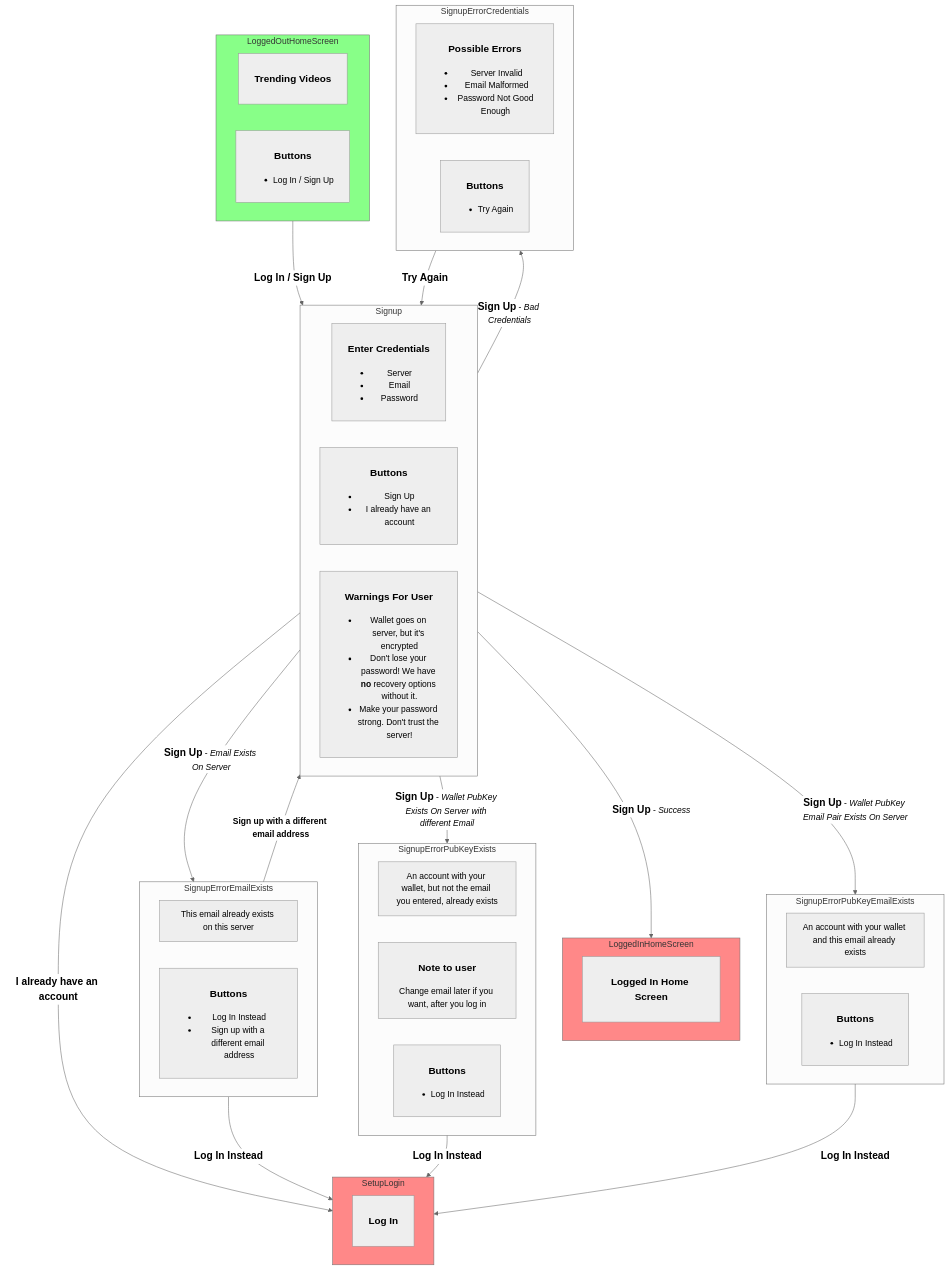
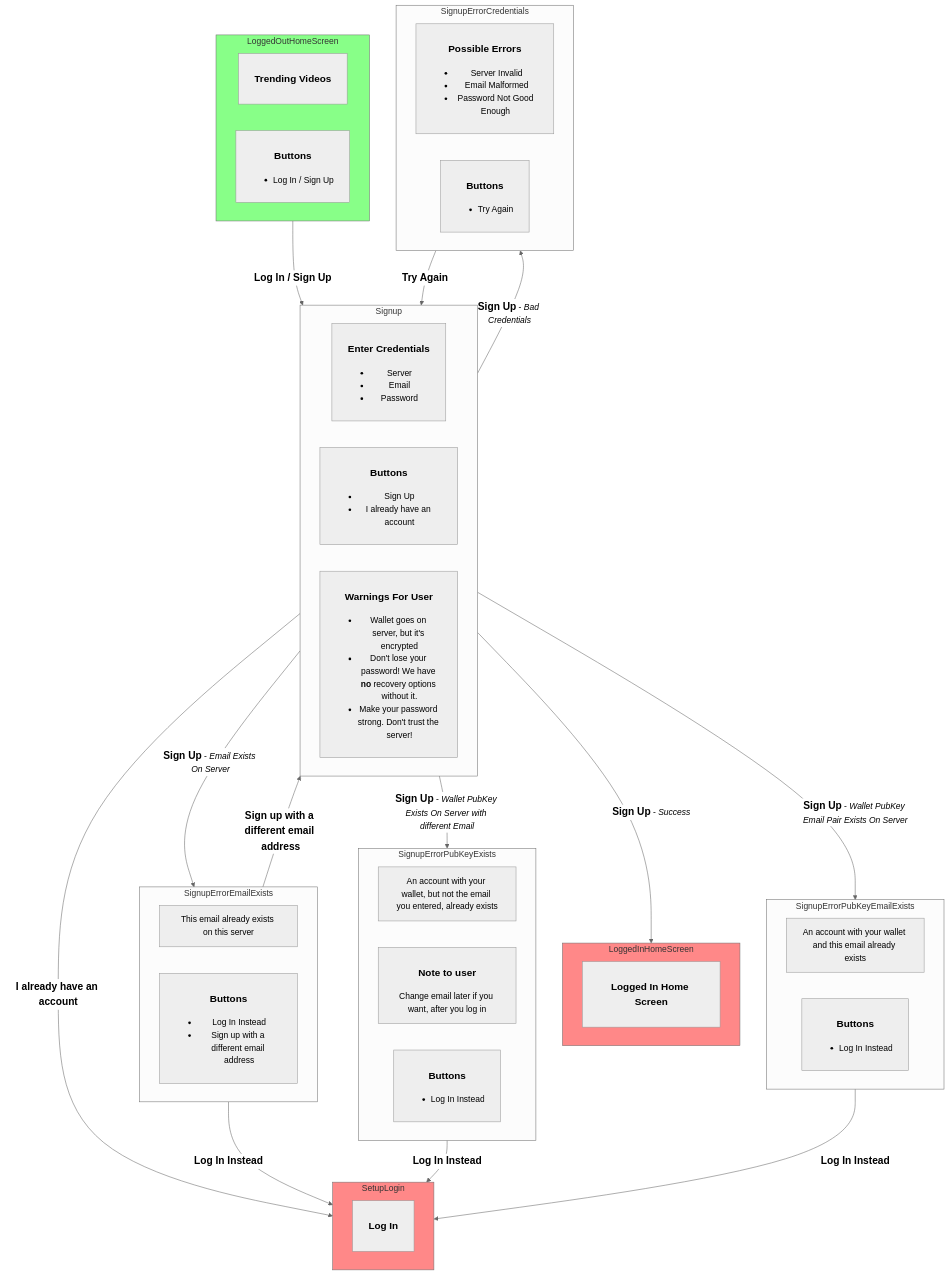
One commit to orblivion/lbry-wallet-sync-draft changed the first of 7 diagrams in spec/user-flows.md. Above: the diagram before and after it, drawn with Mermaid (neutral theme).

Commit message:
<big> for transition description

````diff
--- a/spec/user-flows.md
+++ b/spec/user-flows.md
@@ -11,73 +11,73 @@
 ```mermaid
 flowchart TD
 	classDef start fill:#8f8;
 	classDef finish fill:#f88;
   LoggedInHomeScreen:::finish
   SetupLogin:::finish
   LoggedOutHomeScreen:::start
 
   LoggedOutHomeScreen --<big><b>Log In / Sign Up</b></big>--> Signup
   Signup --<big><b>Sign Up</b></big> - <i>Success</i>--> LoggedInHomeScreen
   Signup --<big><b>I already have an account</b></big>--> SetupLogin
 
   Signup --<big><b>Sign Up</b></big> - <i>Bad Credentials</i>--> SignupErrorCredentials
   SignupErrorCredentials --<big><b>Try Again</b></big>--> Signup
 
   Signup --<big><b>Sign Up</b></big> - <i>Email Exists On Server</i>--> SignupErrorEmailExists
-  SignupErrorEmailExists --<b>Sign up with a different email address</b>--> Signup
+  SignupErrorEmailExists --<big><b>Sign up with a different email address</b></big>--> Signup
   SignupErrorEmailExists --<big><b>Log In Instead</b></big>--> SetupLogin
 
   Signup --<big><b>Sign Up</b></big> - <i>Wallet PubKey Exists On Server with different Email</i>--> SignupErrorPubKeyExists
   SignupErrorPubKeyExists --<big><b>Log In Instead</b></big>--> SetupLogin
 
   Signup --<big><b>Sign Up</b></big> - <i>Wallet PubKey Email Pair Exists On Server</i>--> SignupErrorPubKeyEmailExists
   SignupErrorPubKeyEmailExists --<big><b>Log In Instead</b></big>--> SetupLogin
 
   subgraph LoggedOutHomeScreen
 		direction RL
     LoggedOutHomeScreen1[<h3>Trending Videos</h3>]
     LoggedOutHomeScreen2[<h3>Buttons</h3><ul><li>Log In / Sign Up</li></ul>]
   end
 
   subgraph LoggedInHomeScreen
 		LoggedInHomeScreen1[<h3>Logged In Home Screen</h3>]
   end
 
   subgraph SetupLogin
 		SetupLogin1[<h3>Log In</h3>]
   end
 
   subgraph SignupErrorPubKeyEmailExists
 		direction RL
 		SignupErrorPubKeyEmailExists1[An account with your wallet and this email already exists]
     SignupErrorPubKeyEmailExists2[<h3>Buttons</h3><ul><li>Log In Instead</li></ul>]
   end
 
 	subgraph SignupErrorEmailExists
 		direction RL
 		SignupErrorEmailExists1[This email already exists on this server]
     SignupErrorEmailExists2[<h3>Buttons</h3><ul><li>Log In Instead</li><li>Sign up with a different email address</li></ul>]
   end
 
   subgraph Signup
 		direction RL
     Signup1[<h3>Enter Credentials</h3><ul><li>Server</li><li>Email</li><li>Password</li></ul>]
     Signup2[<h3>Buttons</h3><ul><li>Sign Up</li></ul>]
     Signup2[<h3>Buttons</h3><ul><li>Sign Up</li><li>I already have an account</li></ul>]
     Signup3[<h3>Warnings For User</h3><ul><li>Wallet goes on server, but it's encrypted<li>Don't lose your password! We have <b>no</b> recovery options without it.<li>Make your password strong. Don't trust the server!</ul>]
   end
 
   subgraph SignupErrorCredentials
 		direction RL
 		SignupErrorCredentials1[<h3>Possible Errors</h3><ul><li> Server Invalid<li> Email Malformed<li> Password Not Good Enough</ul>]
     SignupErrorCredentials2[<h3>Buttons</h3><ul><li>Try Again</li></ul>]
   end
 
 
   subgraph SignupErrorPubKeyExists
 		direction RL
 		SignupErrorPubKeyExists1[An account with your wallet, but not the email you entered, already exists]
 		SignupErrorPubKeyExists2[<h3>Note to user</h3>Change email later if you want, after you log in]
     SignupErrorPubKeyExists3[<h3>Buttons</h3><ul><li>Log In Instead</li></ul>]
   end
 ```
````
